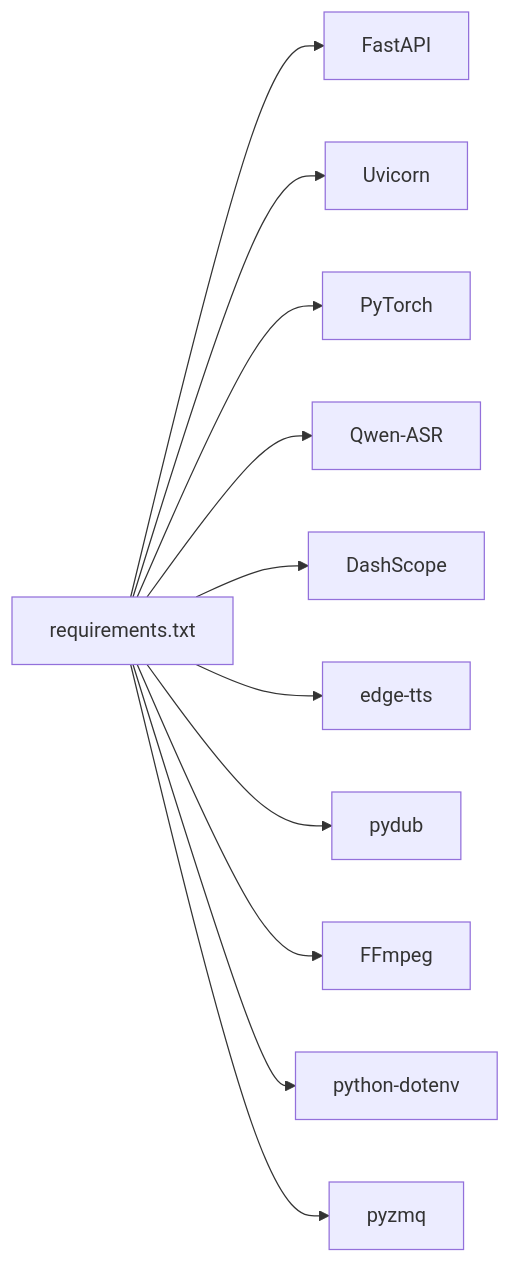
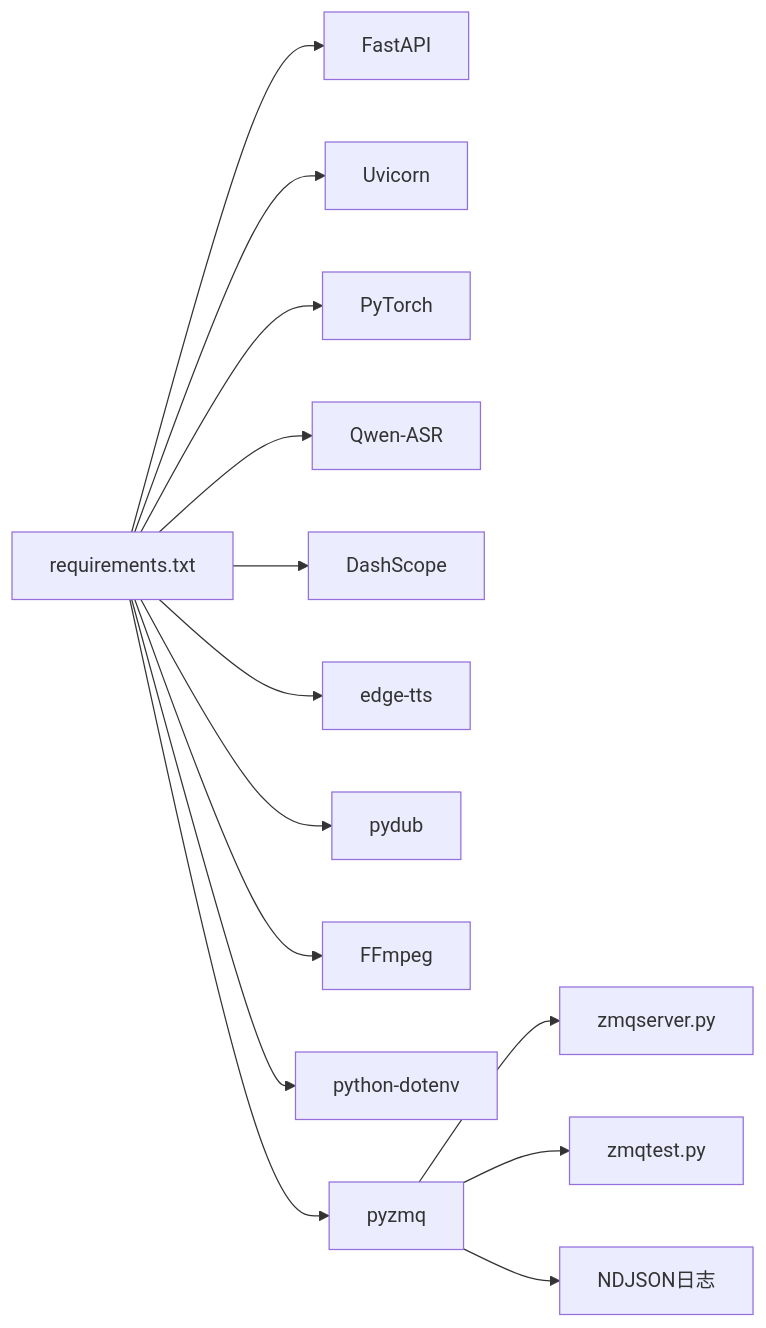
One commit to 1024dashen/Vue3Speech changed diagram 12 of 12 in .qoder/repowiki/zh/content/部署与运维/监控告警.md. Above: the diagram before and after it, drawn with Mermaid. The commit also changed other lines of this file and 9 other files, not shown here.

````diff
--- a/.qoder/repowiki/zh/content/部署与运维/监控告警.md
+++ b/.qoder/repowiki/zh/content/部署与运维/监控告警.md
@@ -291,13 +420,16 @@
 ```mermaid
 graph LR
 Req["requirements.txt"] --> FA["FastAPI"]
 Req --> UV["Uvicorn"]
 Req --> PT["PyTorch"]
 Req --> ASR["Qwen-ASR"]
 Req --> DS["DashScope"]
 Req --> ET["edge-tts"]
 Req --> PD["pydub"]
 Req --> FF["FFmpeg"]
 Req --> DOT["python-dotenv"]
 Req --> ZMQ["pyzmq"]
+ZMQ --> ZS["zmqserver.py"]
+ZMQ --> ZT["zmqtest.py"]
+ZMQ --> ZLOG["NDJSON日志"]
 ```
````
